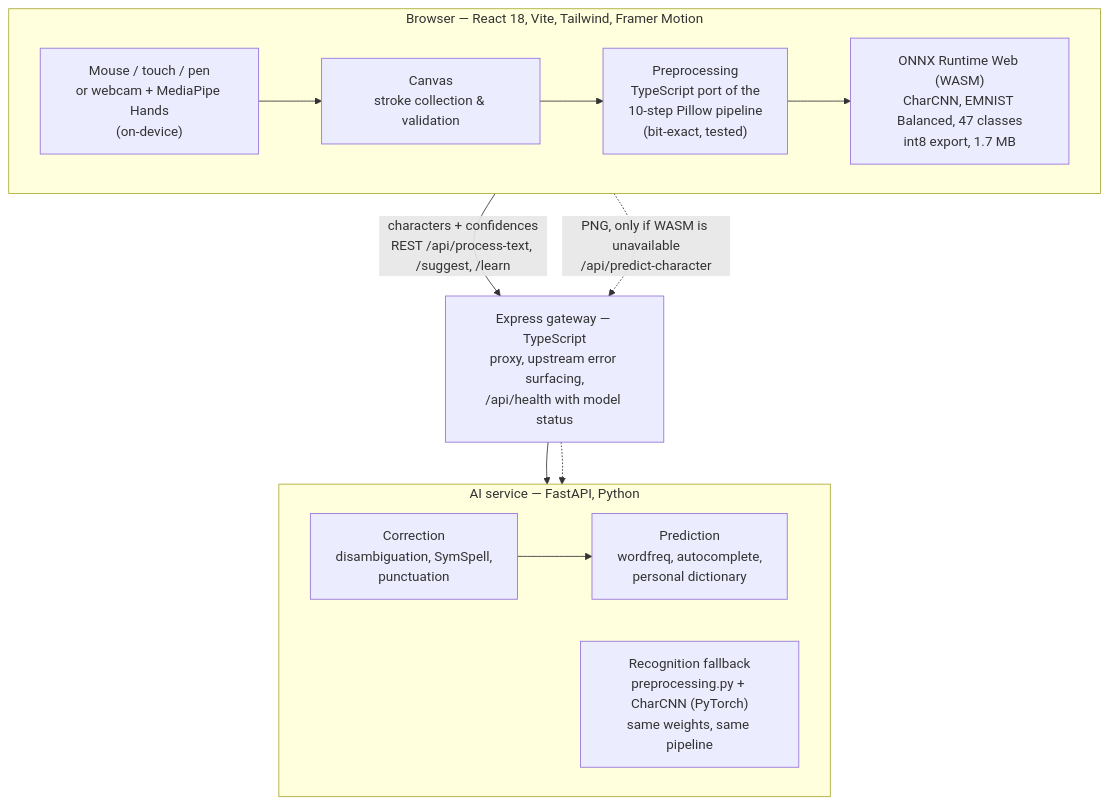
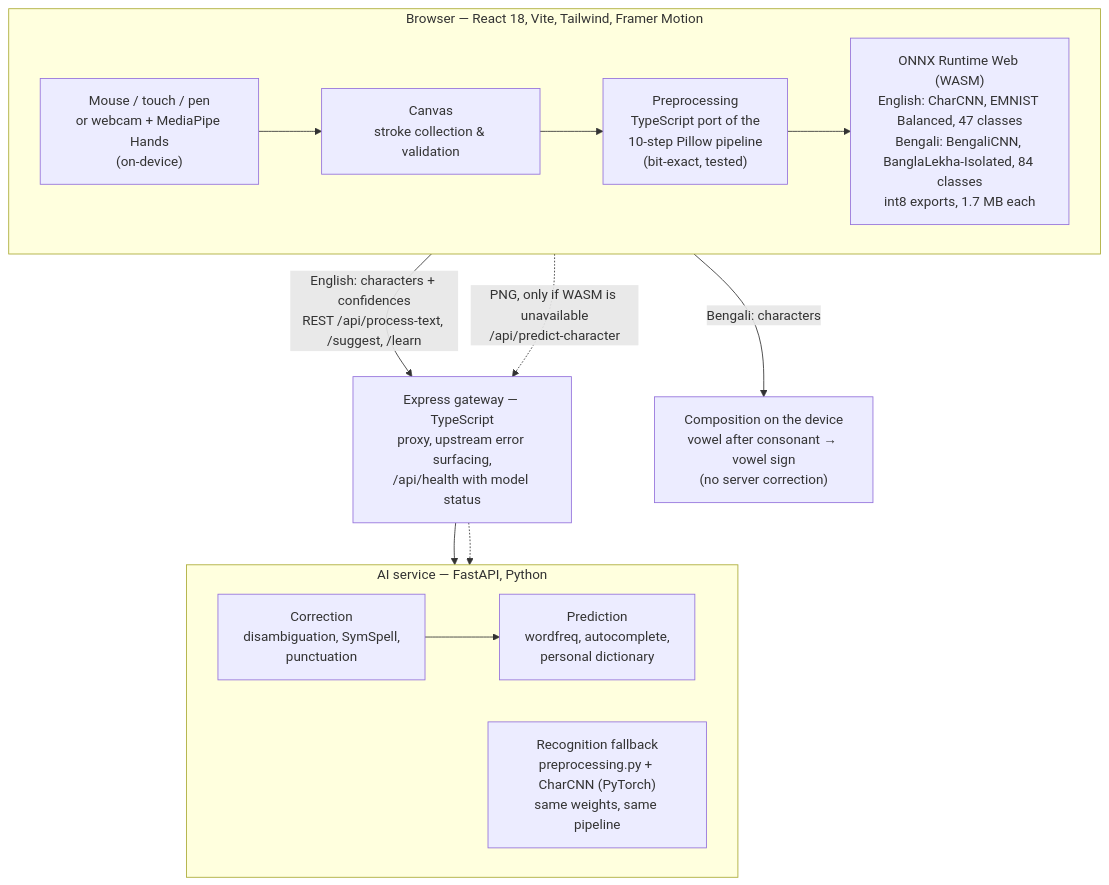
Before and after one commit to saminul-amin/air-script: the diagram in README.md, drawn with Mermaid. The commit also changed other lines of this file and 37 other files, not shown here.

````diff
--- a/README.md
+++ b/README.md
@@ -14,22 +15,23 @@
 ```mermaid
 flowchart TB
     subgraph browser["Browser — React 18, Vite, Tailwind, Framer Motion"]
         direction LR
         IN["Mouse / touch / pen<br/>or webcam + MediaPipe Hands<br/>(on-device)"] --> CV["Canvas<br/>stroke collection & validation"]
         CV --> PRE["Preprocessing<br/>TypeScript port of the<br/>10-step Pillow pipeline<br/>(bit-exact, tested)"]
-        PRE --> ORT["ONNX Runtime Web (WASM)<br/>CharCNN, EMNIST Balanced, 47 classes<br/>int8 export, 1.7 MB"]
+        PRE --> ORT["ONNX Runtime Web (WASM)<br/>English: CharCNN, EMNIST Balanced, 47 classes<br/>Bengali: BengaliCNN, BanglaLekha-Isolated, 84 classes<br/>int8 exports, 1.7 MB each"]
     end
 
     GW["Express gateway — TypeScript<br/>proxy, upstream error surfacing,<br/>/api/health with model status"]
 
     subgraph ai["AI service — FastAPI, Python"]
         direction LR
         COR["Correction<br/>disambiguation, SymSpell,<br/>punctuation"] --> NLP["Prediction<br/>wordfreq, autocomplete,<br/>personal dictionary"]
         FB["Recognition fallback<br/>preprocessing.py + CharCNN (PyTorch)<br/>same weights, same pipeline"]
     end
 
-    ORT -- "characters + confidences<br/>REST /api/process-text, /suggest, /learn" --> GW
+    ORT -- "English: characters + confidences<br/>REST /api/process-text, /suggest, /learn" --> GW
+    ORT -- "Bengali: characters" --> BN["Composition on the device<br/>vowel after consonant → vowel sign<br/>(no server correction)"]
     CV -. "PNG, only if WASM is unavailable<br/>/api/predict-character" .-> GW
     GW --> COR
     GW -.-> FB
 ```
````
